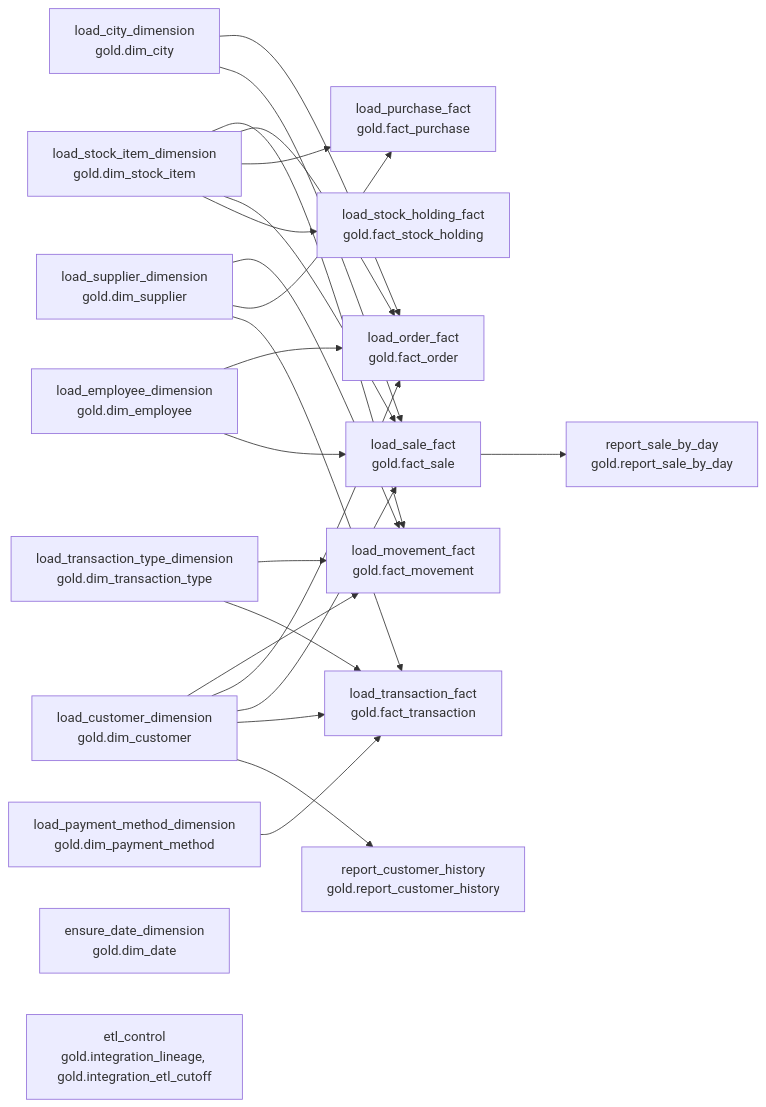
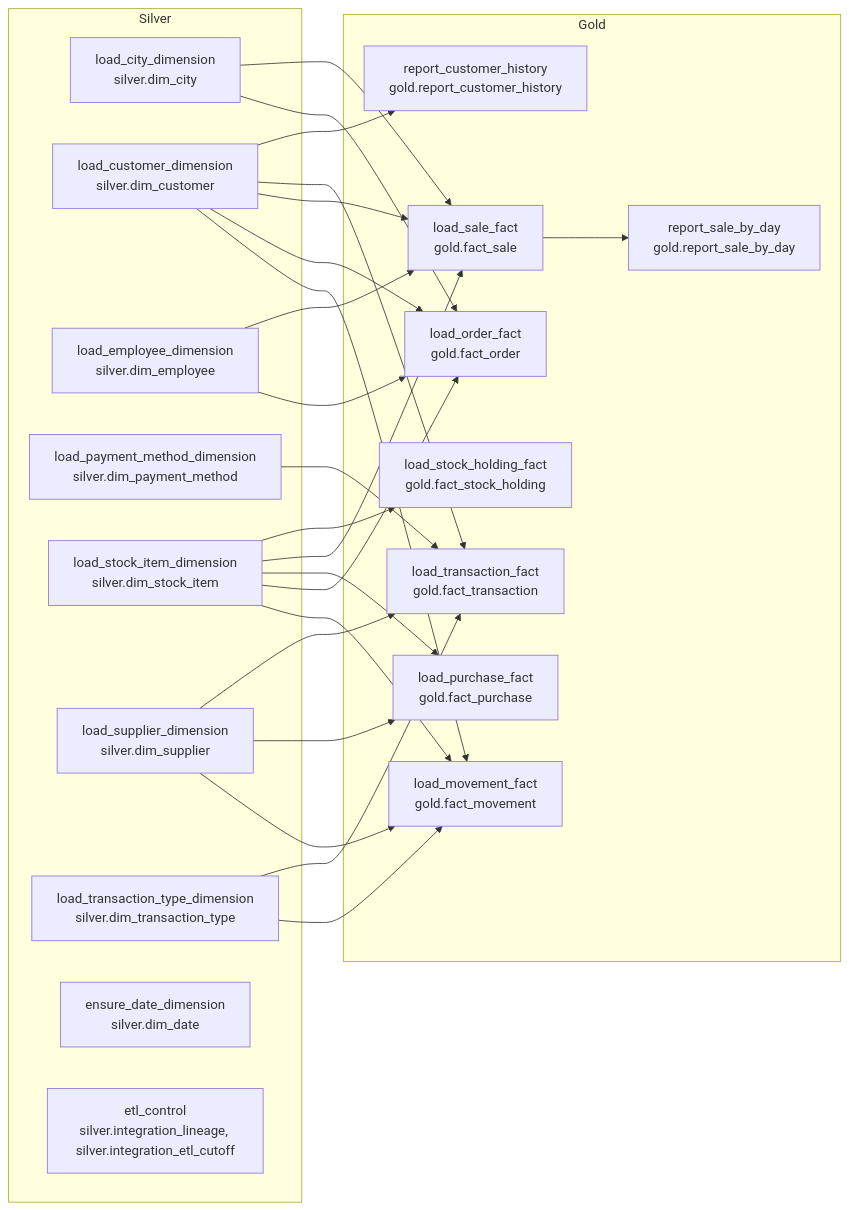
The diagram in docs/estate_map.md (Cognition-Partner-Workshops-mirror/daiwt-02-lakehouse-migration), drawn with Mermaid before and after one commit. The commit also changed other lines of this file and 1 other file, not shown here.

Commit message:
docs(units): split plan into two parallel waves (9 silver dims/control, 8 gold facts/reports)

````diff
--- a/docs/estate_map.md
+++ b/docs/estate_map.md
@@ -7,41 +11,45 @@
 ```mermaid
 flowchart LR
-  load_city_dimension["load_city_dimension<br/>gold.dim_city"]
-  load_customer_dimension["load_customer_dimension<br/>gold.dim_customer"]
-  load_employee_dimension["load_employee_dimension<br/>gold.dim_employee"]
-  load_payment_method_dimension["load_payment_method_dimension<br/>gold.dim_payment_method"]
-  load_stock_item_dimension["load_stock_item_dimension<br/>gold.dim_stock_item"]
-  load_supplier_dimension["load_supplier_dimension<br/>gold.dim_supplier"]
-  load_transaction_type_dimension["load_transaction_type_dimension<br/>gold.dim_transaction_type"]
-  ensure_date_dimension["ensure_date_dimension<br/>gold.dim_date"]
-  load_movement_fact["load_movement_fact<br/>gold.fact_movement"]
-  load_order_fact["load_order_fact<br/>gold.fact_order"]
-  load_purchase_fact["load_purchase_fact<br/>gold.fact_purchase"]
-  load_sale_fact["load_sale_fact<br/>gold.fact_sale"]
-  load_stock_holding_fact["load_stock_holding_fact<br/>gold.fact_stock_holding"]
-  load_transaction_fact["load_transaction_fact<br/>gold.fact_transaction"]
-  etl_control["etl_control<br/>gold.integration_lineage, gold.integration_etl_cutoff"]
-  report_sale_by_day["report_sale_by_day<br/>gold.report_sale_by_day"]
-  report_customer_history["report_customer_history<br/>gold.report_customer_history"]
+  subgraph Silver
+    load_city_dimension["load_city_dimension<br/>silver.dim_city"]
+    load_customer_dimension["load_customer_dimension<br/>silver.dim_customer"]
+    load_employee_dimension["load_employee_dimension<br/>silver.dim_employee"]
+    load_payment_method_dimension["load_payment_method_dimension<br/>silver.dim_payment_method"]
+    load_stock_item_dimension["load_stock_item_dimension<br/>silver.dim_stock_item"]
+    load_supplier_dimension["load_supplier_dimension<br/>silver.dim_supplier"]
+    load_transaction_type_dimension["load_transaction_type_dimension<br/>silver.dim_transaction_type"]
+    ensure_date_dimension["ensure_date_dimension<br/>silver.dim_date"]
+    etl_control["etl_control<br/>silver.integration_lineage, silver.integration_etl_cutoff"]
+  end
+  subgraph Gold
+    load_movement_fact["load_movement_fact<br/>gold.fact_movement"]
+    load_order_fact["load_order_fact<br/>gold.fact_order"]
+    load_purchase_fact["load_purchase_fact<br/>gold.fact_purchase"]
+    load_sale_fact["load_sale_fact<br/>gold.fact_sale"]
+    load_stock_holding_fact["load_stock_holding_fact<br/>gold.fact_stock_holding"]
+    load_transaction_fact["load_transaction_fact<br/>gold.fact_transaction"]
+    report_sale_by_day["report_sale_by_day<br/>gold.report_sale_by_day"]
+    report_customer_history["report_customer_history<br/>gold.report_customer_history"]
+  end
   load_stock_item_dimension --> load_movement_fact
   load_customer_dimension --> load_movement_fact
   load_supplier_dimension --> load_movement_fact
   load_transaction_type_dimension --> load_movement_fact
   load_city_dimension --> load_order_fact
   load_customer_dimension --> load_order_fact
   load_stock_item_dimension --> load_order_fact
   load_employee_dimension --> load_order_fact
   load_supplier_dimension --> load_purchase_fact
   load_stock_item_dimension --> load_purchase_fact
   load_city_dimension --> load_sale_fact
   load_customer_dimension --> load_sale_fact
   load_stock_item_dimension --> load_sale_fact
   load_employee_dimension --> load_sale_fact
   load_stock_item_dimension --> load_stock_holding_fact
   load_customer_dimension --> load_transaction_fact
   load_supplier_dimension --> load_transaction_fact
   load_transaction_type_dimension --> load_transaction_fact
   load_payment_method_dimension --> load_transaction_fact
   load_sale_fact --> report_sale_by_day
   load_customer_dimension --> report_customer_history
 ```
````
